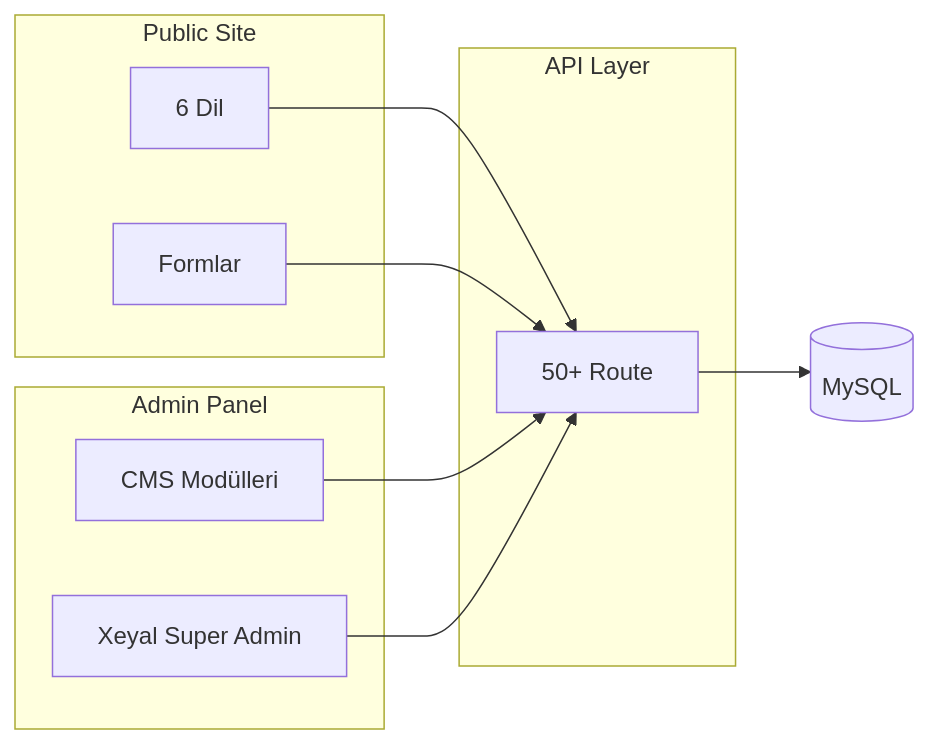
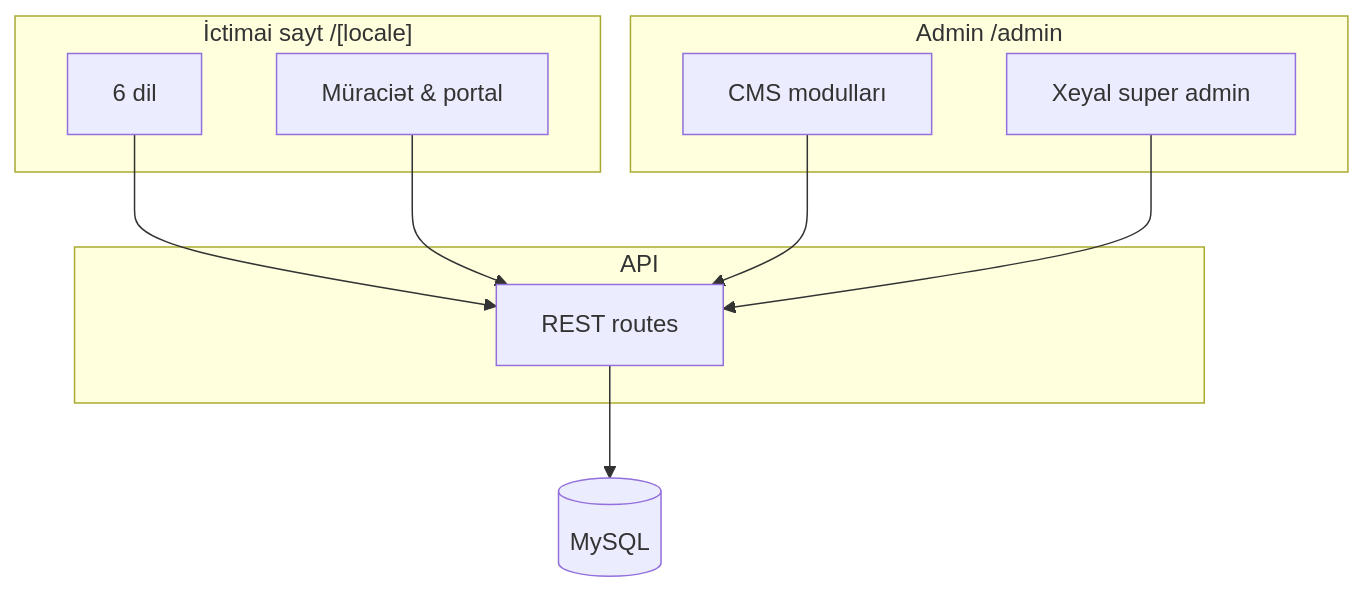
The diagram in README.md (xeyal9032/ostwind), drawn with Mermaid before and after one commit. The commit also changed other lines of this file and 143 other files, not shown here.

First line of the commit message:
feat: 6 dil CMS, tələbə portalı, admin i18n və README yeniləməsi

````diff
--- a/README.md
+++ b/README.md
@@ -102,21 +80,21 @@
 ```mermaid
-flowchart LR
-    subgraph Public["Public Site"]
-        A["6 Dil"]
-        B["Formlar"]
+flowchart TB
+    subgraph Public["İctimai sayt /[locale]"]
+        P1[6 dil]
+        P2[Müraciət & portal]
     end
-    subgraph Admin["Admin Panel"]
-        C["CMS Modülleri"]
-        D["Xeyal Super Admin"]
+    subgraph Admin["Admin /admin"]
+        A1[CMS modulları]
+        A2[Xeyal super admin]
     end
-    subgraph API["API Layer"]
-        E["50+ Route"]
+    subgraph API["API"]
+        R[REST routes]
     end
-    F[(MySQL)]
+    DB[(MySQL)]
 
-    A --> E
-    B --> E
-    C --> E
-    D --> E
-    E --> F
+    P1 --> R
+    P2 --> R
+    A1 --> R
+    A2 --> R
+    R --> DB
 ```
````
